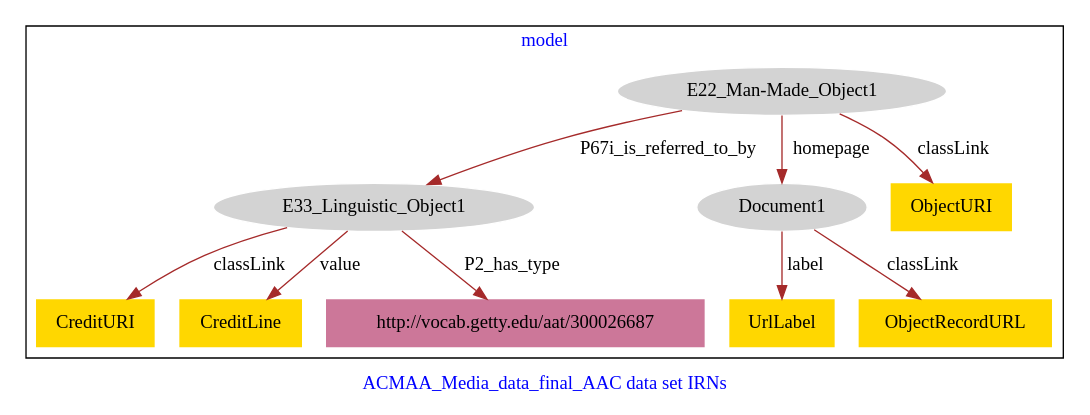
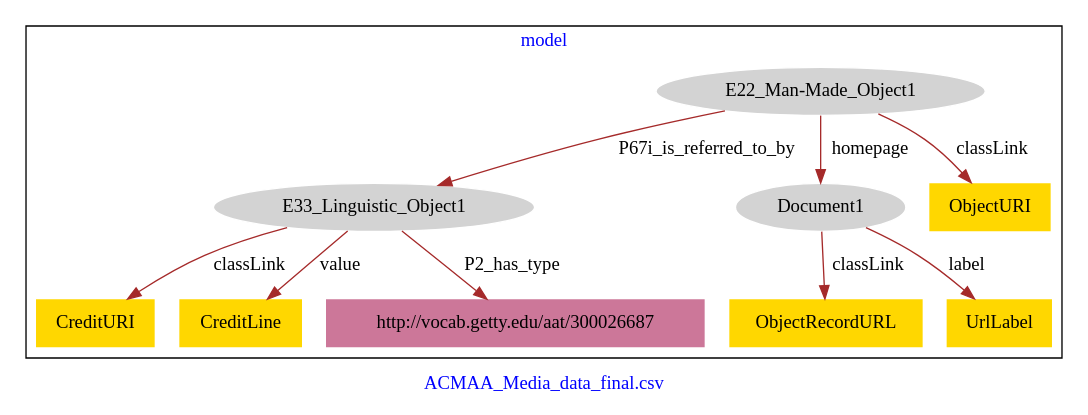
The diagram in acm-media/acm-media-model.dot (american-art/acm), drawn with Graphviz before and after one commit.

Commit message:
Update file acm-media-model.dot

```diff
--- a/acm-media/acm-media-model.dot
+++ b/acm-media/acm-media-model.dot
@@ -1,25 +1,25 @@
 digraph n0 {
 fontcolor="blue"
 remincross="true"
-label="ACMAA_Media_data_final_AAC data set IRNs"
+label="ACMAA_Media_data_final.csv"
 subgraph cluster {
 label="model"
 n2[style="filled",color="white",fillcolor="lightgray",label="E22_Man-Made_Object1"];
 n3[style="filled",color="white",fillcolor="lightgray",label="E33_Linguistic_Object1"];
 n4[style="filled",color="white",fillcolor="lightgray",label="Document1"];
-n5[shape="plaintext",style="filled",fillcolor="gold",label="UrlLabel"];
-n6[shape="plaintext",style="filled",fillcolor="gold",label="ObjectRecordURL"];
+n5[shape="plaintext",style="filled",fillcolor="gold",label="CreditURI"];
+n6[shape="plaintext",style="filled",fillcolor="gold",label="CreditLine"];
 n7[shape="plaintext",style="filled",fillcolor="gold",label="ObjectURI"];
-n8[shape="plaintext",style="filled",fillcolor="gold",label="CreditURI"];
-n9[shape="plaintext",style="filled",fillcolor="gold",label="CreditLine"];
+n8[shape="plaintext",style="filled",fillcolor="gold",label="ObjectRecordURL"];
+n9[shape="plaintext",style="filled",fillcolor="gold",label="UrlLabel"];
 n10[shape="plaintext",style="filled",fillcolor="#CC7799",label="http://vocab.getty.edu/aat/300026687"];
 }
 n2 -> n3[color="brown",fontcolor="black",label="P67i_is_referred_to_by"]
 n2 -> n4[color="brown",fontcolor="black",label="homepage"]
-n4 -> n5[color="brown",fontcolor="black",label="label"]
-n4 -> n6[color="brown",fontcolor="black",label="classLink"]
+n3 -> n5[color="brown",fontcolor="black",label="classLink"]
+n3 -> n6[color="brown",fontcolor="black",label="value"]
 n2 -> n7[color="brown",fontcolor="black",label="classLink"]
-n3 -> n8[color="brown",fontcolor="black",label="classLink"]
-n3 -> n9[color="brown",fontcolor="black",label="value"]
+n4 -> n8[color="brown",fontcolor="black",label="classLink"]
+n4 -> n9[color="brown",fontcolor="black",label="label"]
 n3 -> n10[color="brown",fontcolor="black",label="P2_has_type"]
 }
```
